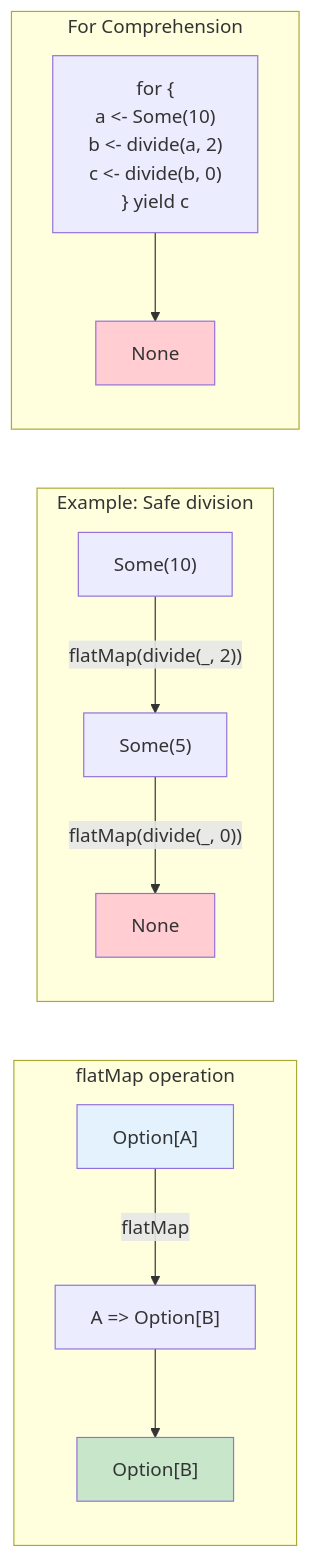
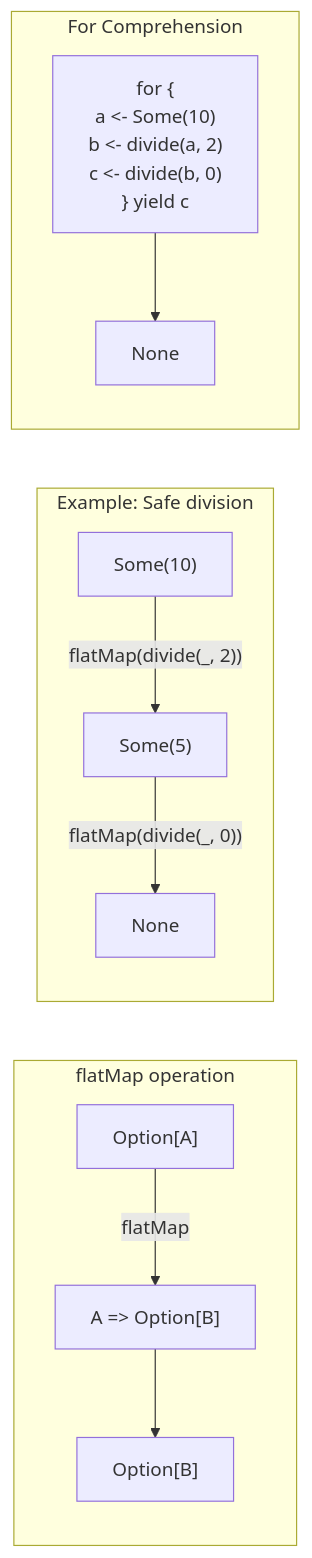
Before and after one commit to advanced-beginner/advanced-beginner.github.io: the diagram in content/en/scala/concepts/functional-patterns.md, drawn with Mermaid. The commit also changed 35 other files, not shown here.

First line of the commit message:
refactor: Mermaid 다이어그램 개선

````diff
--- a/content/en/scala/concepts/functional-patterns.md
+++ b/content/en/scala/concepts/functional-patterns.md
@@ -110,23 +110,18 @@
 ```mermaid
 flowchart LR
     subgraph "flatMap operation"
         A["Option[A]"] -->|"flatMap"| F["A => Option[B]"]
         F --> B["Option[B]"]
     end
 
     subgraph "Example: Safe division"
         S1["Some(10)"] -->|"flatMap(divide(_, 2))"| S2["Some(5)"]
         S2 -->|"flatMap(divide(_, 0))"| N["None"]
     end
 
     subgraph "For Comprehension"
         FC["for {<br/>  a <- Some(10)<br/>  b <- divide(a, 2)<br/>  c <- divide(b, 0)<br/>} yield c"]
         Result["None"]
         FC --> Result
     end
-
-    style A fill:#e3f2fd
-    style B fill:#c8e6c9
-    style N fill:#ffcdd2
-    style Result fill:#ffcdd2
 ```
````
